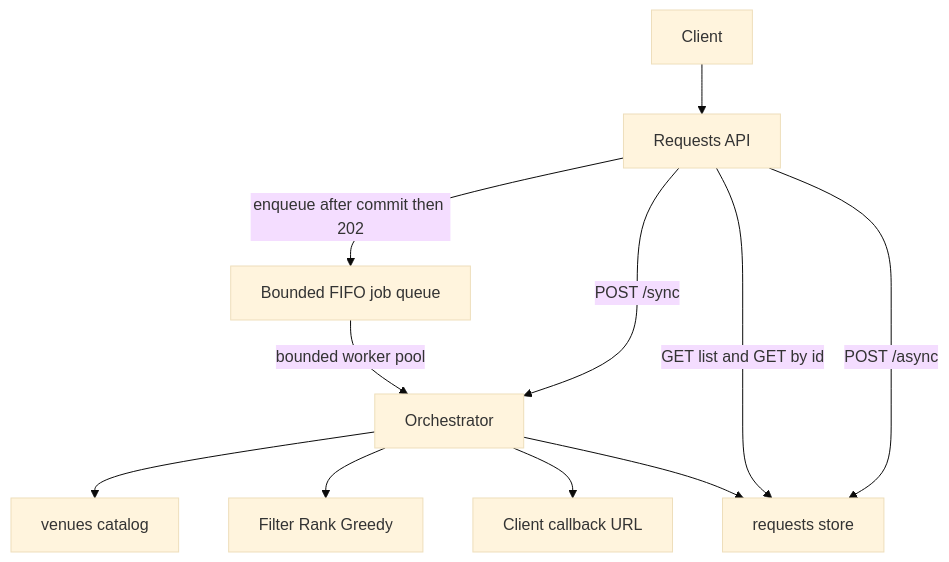
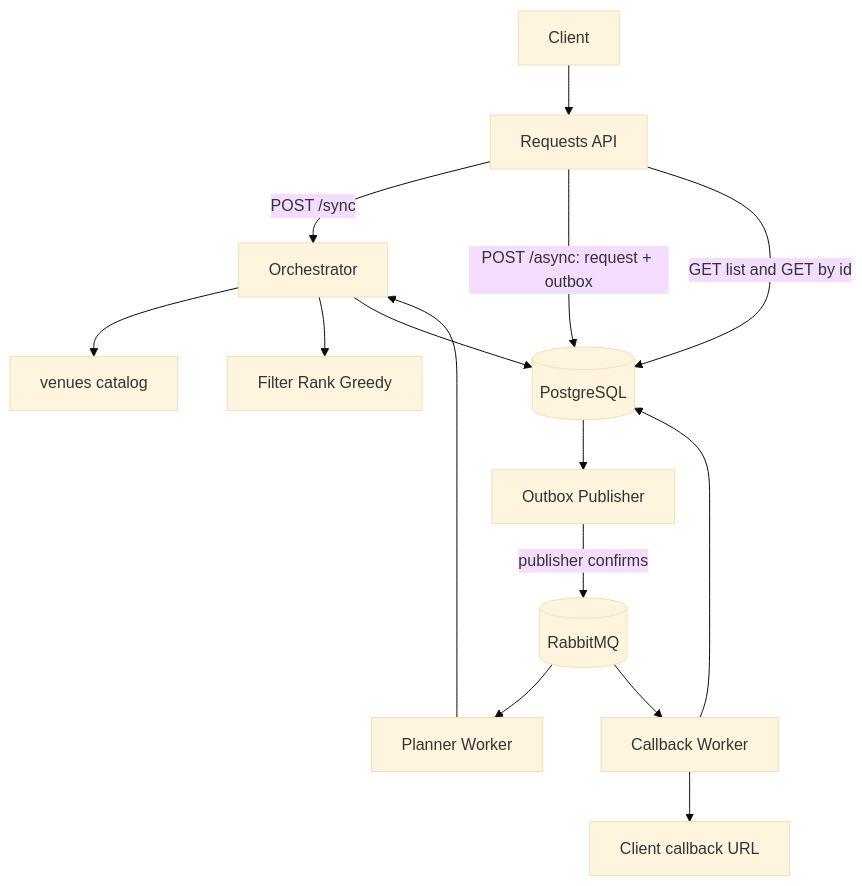
Before and after one commit to Shivamku09/Sync-Async-Outing-Planner: the first of 3 diagrams in docs/HLD.md, drawn with Mermaid (base theme). The commit also changed other lines of this file and 2 other files, not shown here.

````diff
--- a/docs/HLD.md
+++ b/docs/HLD.md
@@ -140,22 +142,29 @@
 ```mermaid
 flowchart TB
   client[Client]
   api[Requests API]
+  outbox[Outbox Publisher]
+  mq[(RabbitMQ)]
+  plannerWorker[Planner Worker]
+  callbackWorker[Callback Worker]
   orch[Orchestrator]
-  queue[Bounded FIFO job queue]
   catalog[venues catalog]
   rules[Filter Rank Greedy]
-  reqs[requests store]
+  db[(PostgreSQL)]
   cb[Client callback URL]
 
   client --> api
   api -->|"POST /sync"| orch
-  api -->|"POST /async"| reqs
-  api -->|"enqueue after commit then 202"| queue
-  api -->|"GET list and GET by id"| reqs
-  queue -->|"bounded worker pool"| orch
+  api -->|"POST /async: request + outbox"| db
+  api -->|"GET list and GET by id"| db
+  db --> outbox
+  outbox -->|"publisher confirms"| mq
+  mq --> plannerWorker
+  plannerWorker --> orch
   orch --> catalog
   orch --> rules
-  orch --> reqs
-  orch --> cb
+  orch --> db
+  mq --> callbackWorker
+  callbackWorker --> cb
+  callbackWorker --> db
 ```
````
